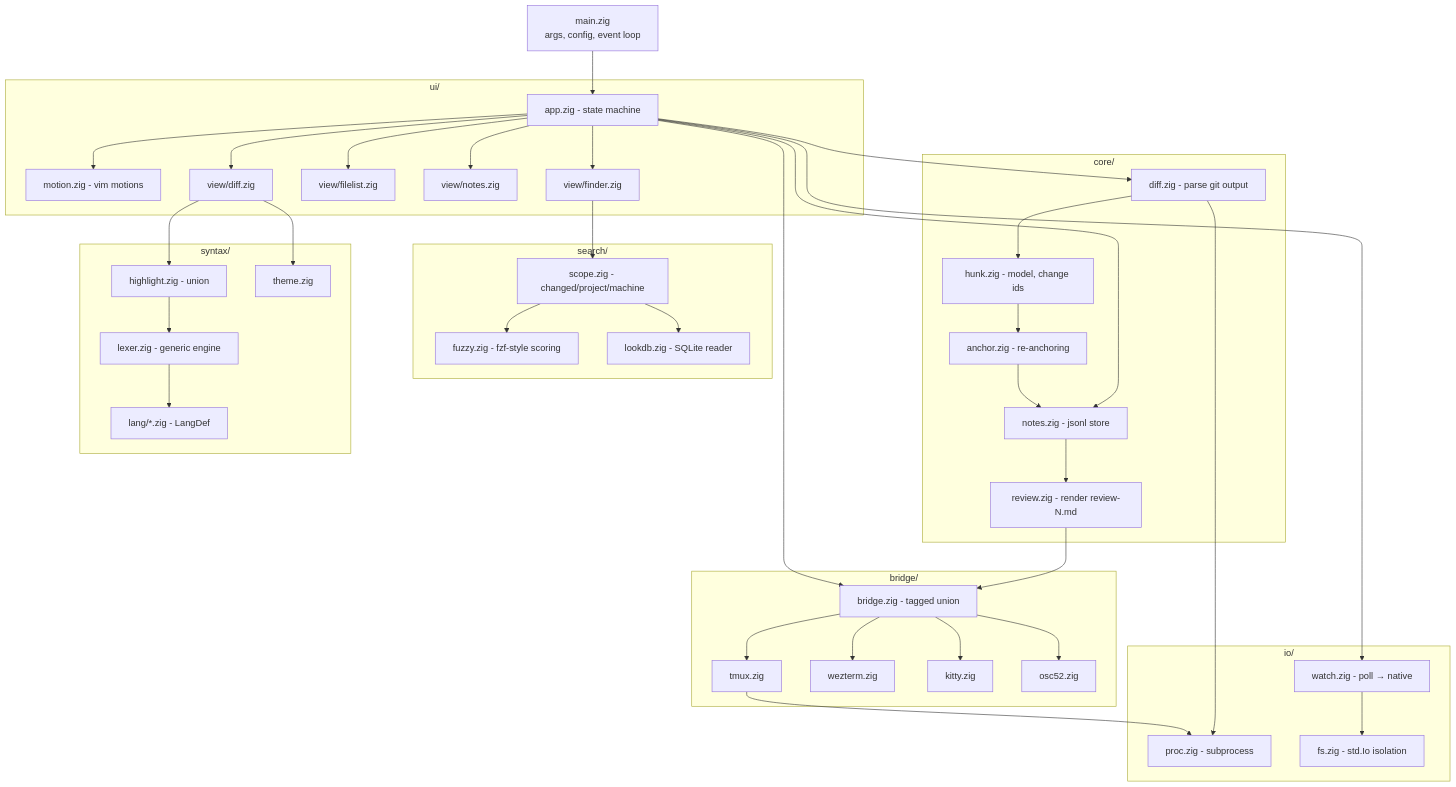
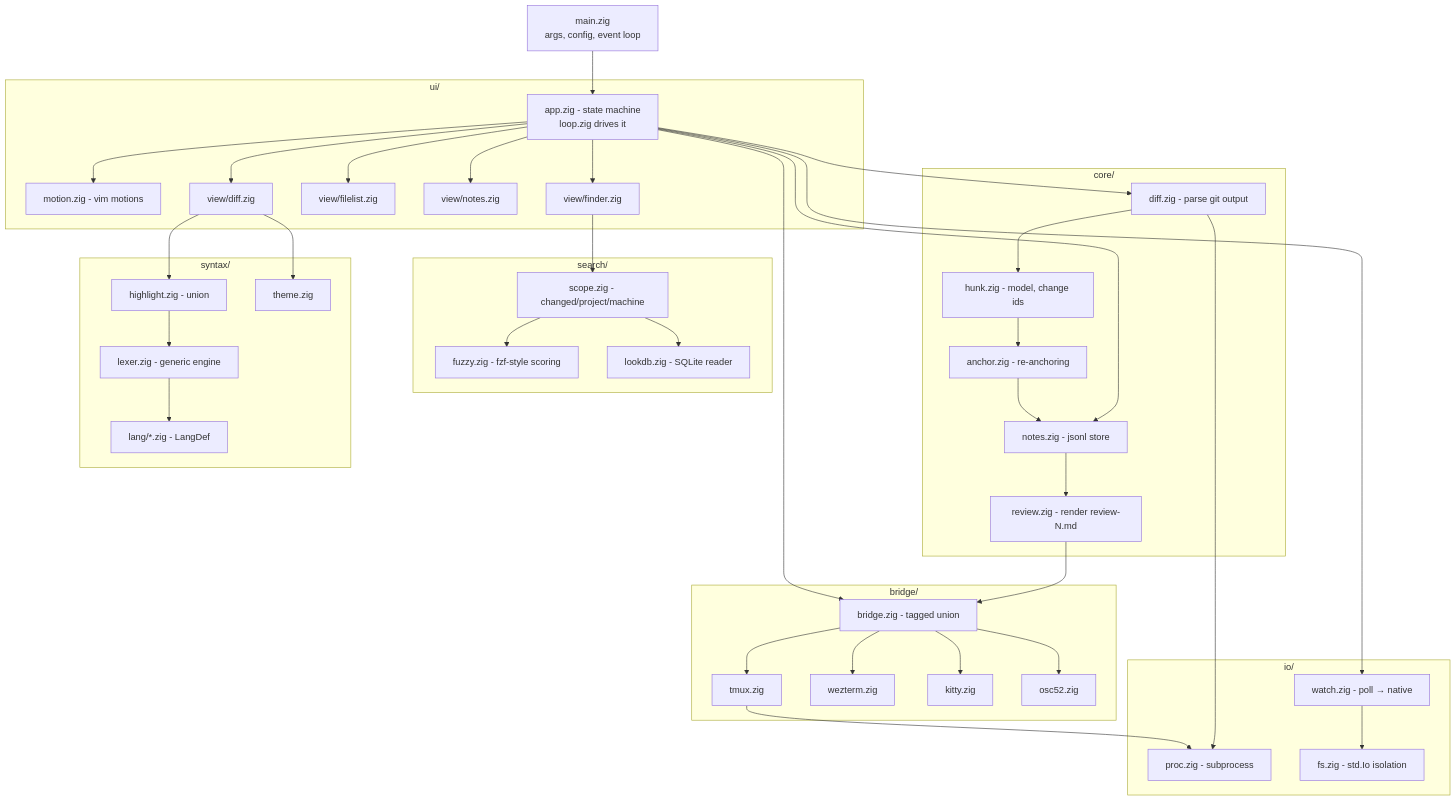
Before and after one commit to kunkka19xx/lgtm: the second of 4 diagrams in docs/ARCHITECTURE.md, drawn with Mermaid. The commit also changed other lines of this file and 8 other files, not shown here.

````diff
--- a/docs/ARCHITECTURE.md
+++ b/docs/ARCHITECTURE.md
@@ -44,69 +44,69 @@
 ```mermaid
 graph TD
     main["main.zig<br/>args, config, event loop"]
 
     subgraph ui["ui/"]
-        app["app.zig - state machine"]
+        app["app.zig - state machine<br/>loop.zig drives it"]
         motion["motion.zig - vim motions"]
         vdiff["view/diff.zig"]
         vfiles["view/filelist.zig"]
         vnotes["view/notes.zig"]
         vfind["view/finder.zig"]
     end
 
     subgraph core["core/"]
         diff["diff.zig - parse git output"]
         hunk["hunk.zig - model, change ids"]
         anchor["anchor.zig - re-anchoring"]
         notes["notes.zig - jsonl store"]
         review["review.zig - render review-N.md"]
     end
 
     subgraph io["io/"]
         watch["watch.zig - poll → native"]
         proc["proc.zig - subprocess"]
         fs["fs.zig - std.Io isolation"]
     end
 
     subgraph search["search/"]
         fuzzy["fuzzy.zig - fzf-style scoring"]
         scope["scope.zig - changed/project/machine"]
         lookdb["lookdb.zig - SQLite reader"]
     end
 
     subgraph bridge["bridge/"]
         biface["bridge.zig - tagged union"]
         tmux["tmux.zig"]
         wez["wezterm.zig"]
         kitty["kitty.zig"]
         osc["osc52.zig"]
     end
 
     subgraph syntax["syntax/"]
         hl["highlight.zig - union"]
         lex["lexer.zig - generic engine"]
         langs["lang/*.zig - LangDef"]
         theme["theme.zig"]
     end
 
     main --> app
     app --> vdiff & vfiles & vnotes & vfind
     app --> motion
     app --> diff & notes
     vdiff --> hl & theme
     hl --> lex
     lex --> langs
     diff --> hunk
     hunk --> anchor
     anchor --> notes
     notes --> review
     review --> biface
     app --> biface
     biface --> tmux & wez & kitty & osc
     vfind --> scope
     scope --> fuzzy & lookdb
     app --> watch
     watch --> fs
     diff --> proc
     tmux --> proc
 ```
````
